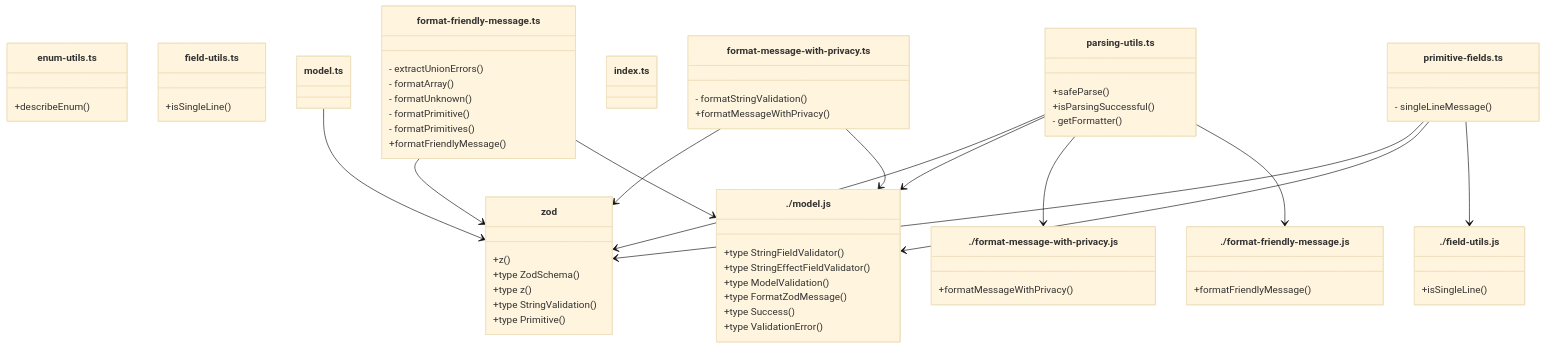
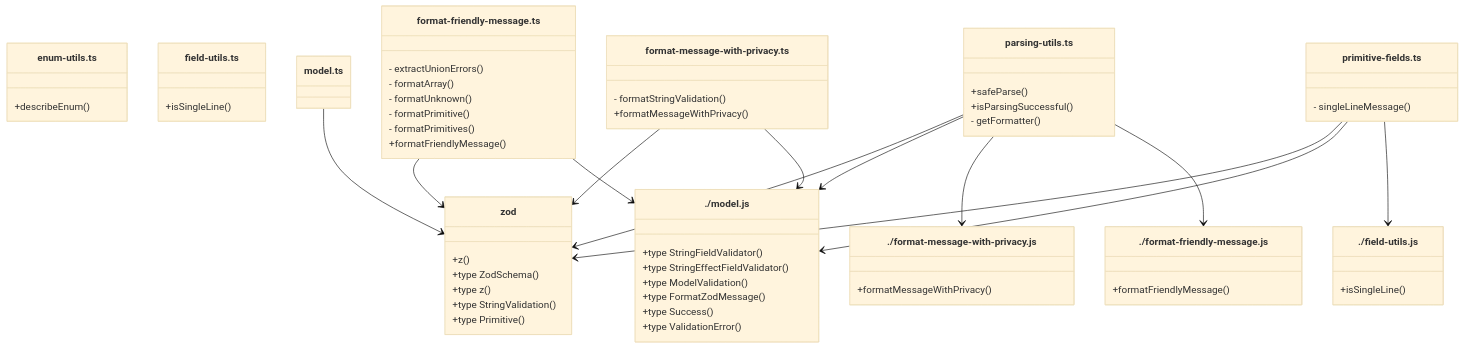
The diagram in INTERNAL.md (flarebyte/faora-kai), drawn with Mermaid (base theme) before and after one commit. The commit also changed 3 other files, not shown here.

````diff
--- a/INTERNAL.md
+++ b/INTERNAL.md
@@ -10,67 +10,66 @@
 ```mermaid
 classDiagram
 class `enum-utils.ts`{
   +describeEnum()
 }
 class `field-utils.ts`{
   +isSingleLine()
 }
 class `format-friendly-message.ts`{
   - extractUnionErrors()
   - formatArray()
   - formatUnknown()
   - formatPrimitive()
   - formatPrimitives()
   +formatFriendlyMessage()
 }
 class `format-message-with-privacy.ts`{
   - formatStringValidation()
   +formatMessageWithPrivacy()
 }
-class `index.ts`
 class `model.ts`
 class `parsing-utils.ts`{
   +safeParse()
   +isParsingSuccessful()
   - getFormatter()
 }
 class `primitive-fields.ts`{
   - singleLineMessage()
 }
 class `zod`{
   +z()
   +type ZodSchema()
   +type z()
   +type StringValidation()
   +type Primitive()
 }
 class `./model.js`{
   +type StringFieldValidator()
   +type StringEffectFieldValidator()
   +type ModelValidation()
   +type FormatZodMessage()
   +type Success()
   +type ValidationError()
 }
 class `./format-message-with-privacy.js`{
   +formatMessageWithPrivacy()
 }
 class `./format-friendly-message.js`{
   +formatFriendlyMessage()
 }
 class `./field-utils.js`{
   +isSingleLine()
 }
 `format-friendly-message.ts`-->`zod`
 `format-friendly-message.ts`-->`./model.js`
 `format-message-with-privacy.ts`-->`zod`
 `format-message-with-privacy.ts`-->`./model.js`
 `model.ts`-->`zod`
 `parsing-utils.ts`-->`zod`
 `parsing-utils.ts`-->`./model.js`
 `parsing-utils.ts`-->`./format-message-with-privacy.js`
 `parsing-utils.ts`-->`./format-friendly-message.js`
 `primitive-fields.ts`-->`zod`
 `primitive-fields.ts`-->`./model.js`
 `primitive-fields.ts`-->`./field-utils.js`
 ```
````
